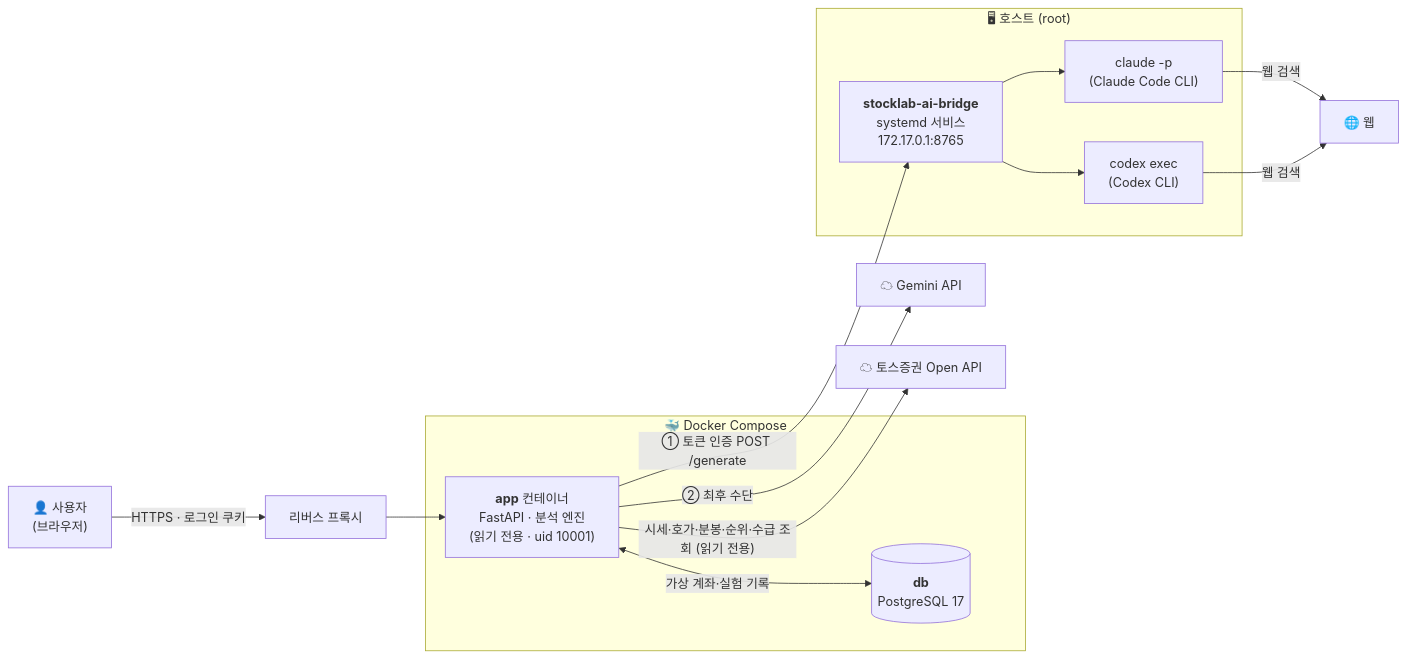
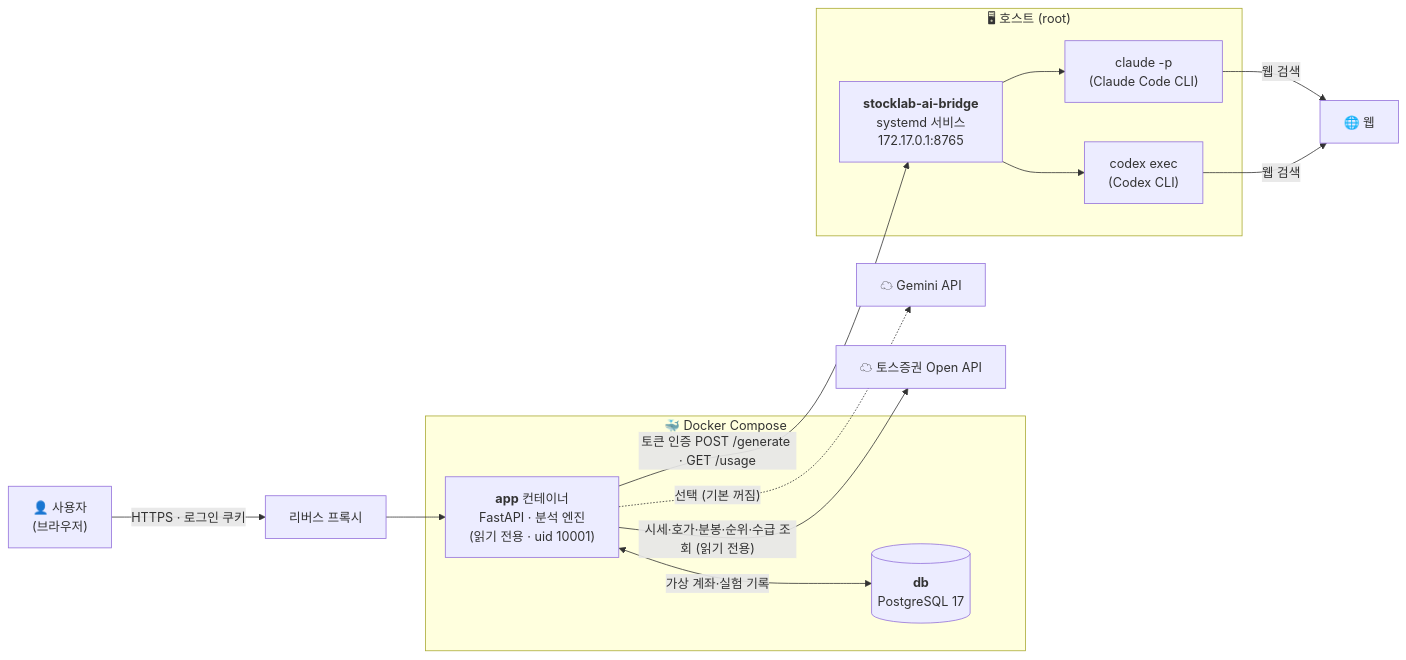
The first of 7 diagrams in README.md (eshir0/stock-lab), drawn with Mermaid before and after one commit. The commit also changed other lines of this file and 16 other files, not shown here.

````diff
--- a/README.md
+++ b/README.md
@@ -97,25 +99,25 @@
 ```mermaid
 flowchart LR
     U["👤 사용자<br/>(브라우저)"] -->|HTTPS · 로그인 쿠키| P["리버스 프록시"]
     P --> APP
 
     subgraph DOCKER["🐳 Docker Compose"]
         APP["<b>app</b> 컨테이너<br/>FastAPI · 분석 엔진<br/>(읽기 전용 · uid 10001)"]
         DB[("<b>db</b><br/>PostgreSQL 17")]
         APP <-->|가상 계좌·실험 기록| DB
     end
 
     subgraph HOST["🖥 호스트 (root)"]
         BR["<b>stocklab-ai-bridge</b><br/>systemd 서비스<br/>172.17.0.1:8765"]
         CC["claude -p<br/>(Claude Code CLI)"]
         CX["codex exec<br/>(Codex CLI)"]
         BR --> CC
         BR --> CX
     end
 
-    APP -->|"① 토큰 인증 POST /generate"| BR
-    APP -->|"② 최후 수단"| GM["☁ Gemini API"]
+    APP -->|"토큰 인증 POST /generate · GET /usage"| BR
+    APP -.->|"선택 (기본 꺼짐)"| GM["☁ Gemini API"]
     APP -->|"시세·호가·분봉·순위·수급 조회 (읽기 전용)"| TS["☁ 토스증권 Open API"]
     CC -->|웹 검색| WEB["🌐 웹"]
     CX -->|웹 검색| WEB
 ```
````
